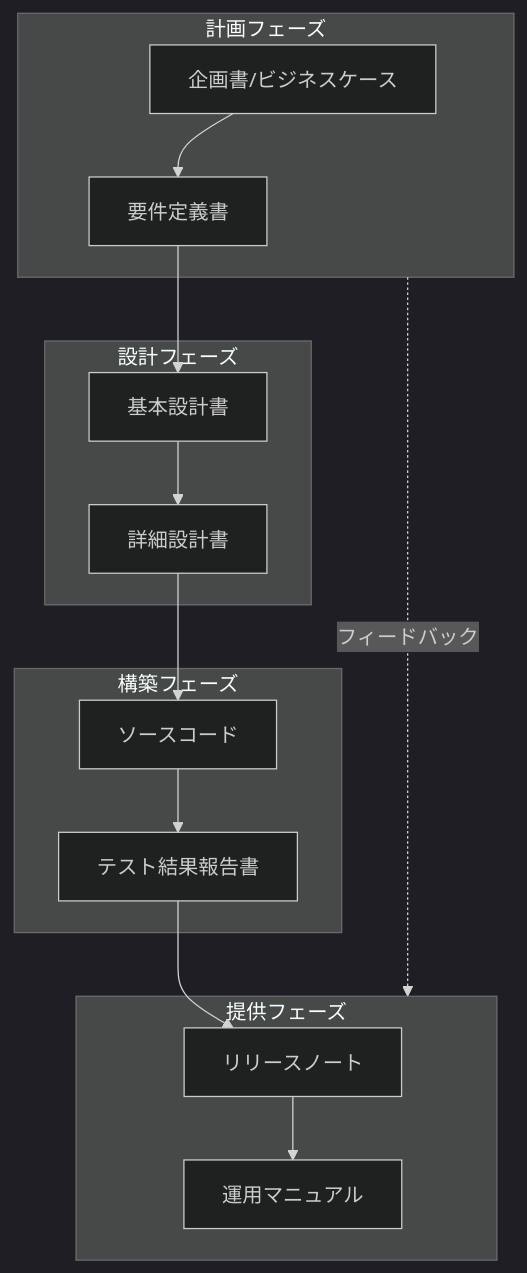
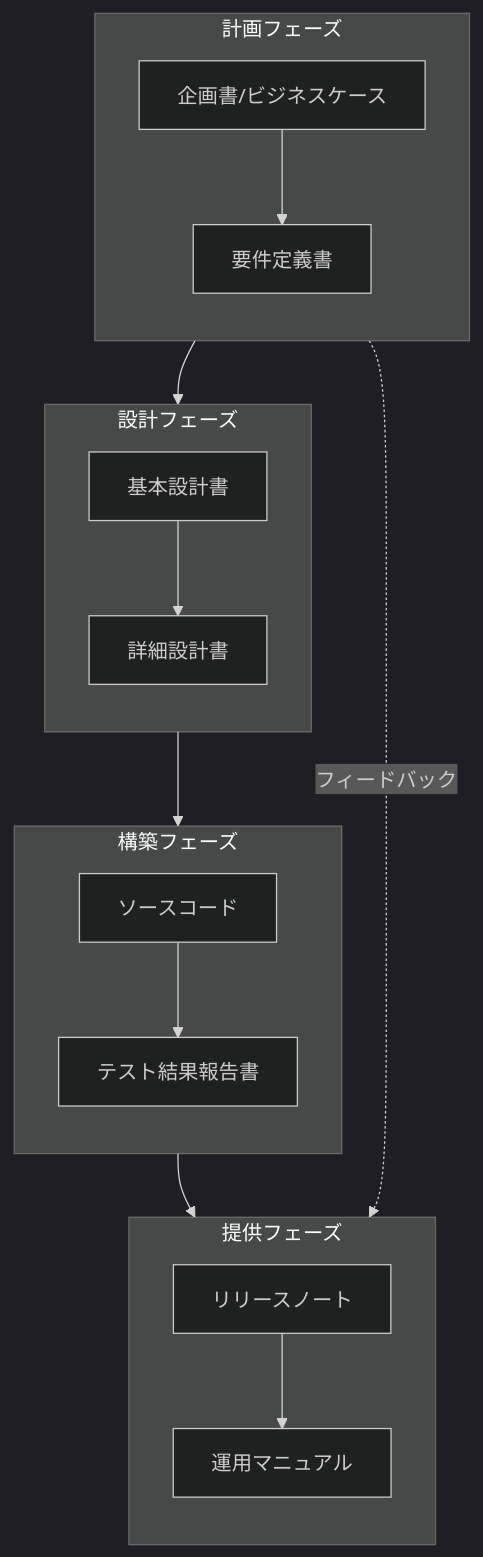
Before and after one commit to shuji-bonji/Management-of-software-systems-and-services: the second of 6 diagrams in project-process-map.md, drawn with Mermaid (dark theme). The commit also changed other lines of this file and 9 other files, not shown here.

Commit message:
fix: Mermaid図の改善

````diff
--- a/project-process-map.md
+++ b/project-process-map.md
@@ -32,23 +32,27 @@
 ```mermaid
-flowchart TD
+flowchart TB
     subgraph PLAN["計画フェーズ"]
+        direction TB
         A1["企画書/ビジネスケース"] --> A2["要件定義書"]
     end
 
     subgraph DESIGN["設計フェーズ"]
+        direction TB
         A2 --> B1["基本設計書"]
         B1 --> B2["詳細設計書"]
     end
 
     subgraph BUILD["構築フェーズ"]
+        direction TB
         B2 --> C1["ソースコード"]
         C1 --> C2["テスト結果報告書"]
     end
 
     subgraph DELIVER["提供フェーズ"]
+        direction TB
         C2 --> D1["リリースノート"]
         D1 --> D2["運用マニュアル"]
     end
 
     PLAN -.->|"フィードバック"| DELIVER
 ```
````
